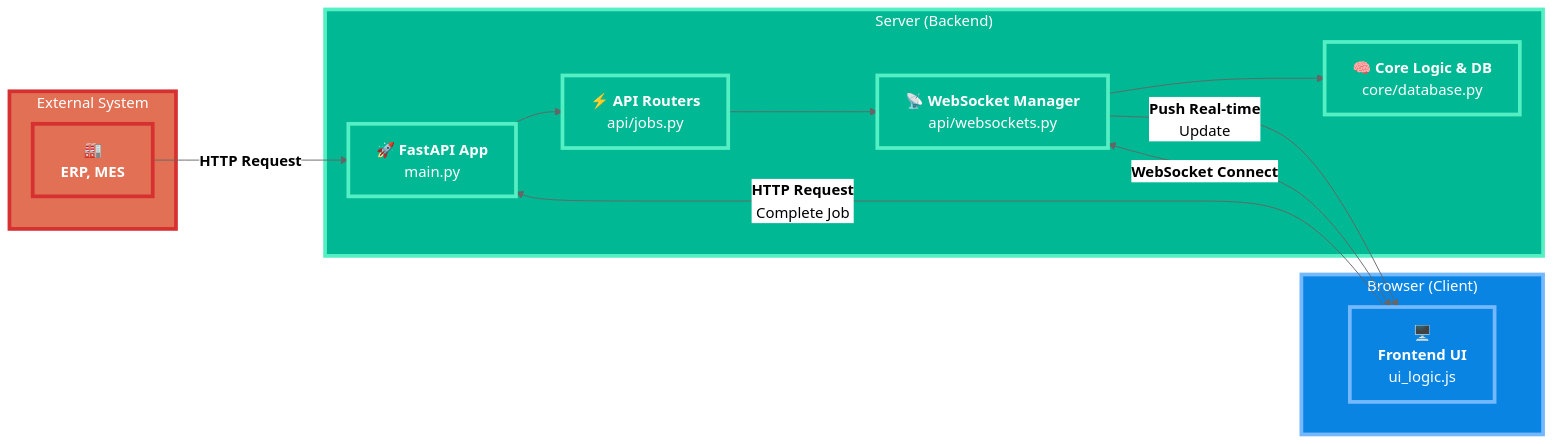
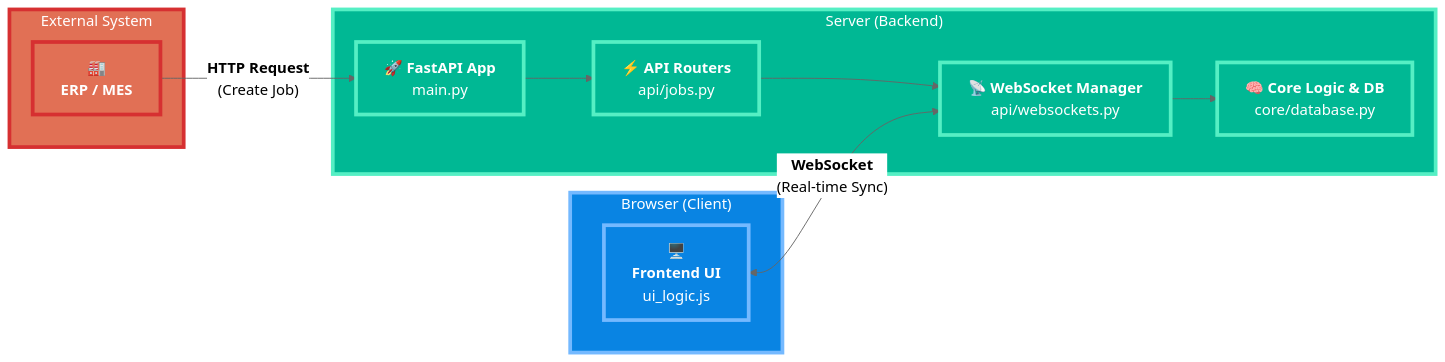
The diagram in README.md (Krittapas2546/RFID-smart-shelf), drawn with Mermaid (neutral theme) before and after one commit. The commit also changed other lines of this file, not shown here.

````diff
--- a/README.md
+++ b/README.md
@@ -25,35 +25,33 @@
 ```mermaid
 flowchart LR
     subgraph EXT["External System"]
-        A["🏭<br/><b>ERP, MES</b>"]
+        A["🏭<br/><b>ERP / MES</b>"]
     end
     
     subgraph CLIENT["Browser (Client)"]
         B["🖥️<br/><b>Frontend UI</b><br/>ui_logic.js"]
     end
     
     subgraph SERVER["Server (Backend)"]
         C["🚀 <b>FastAPI App</b><br/>main.py"]
         D["⚡ <b>API Routers</b><br/>api/jobs.py"]
         E["📡 <b>WebSocket Manager</b><br/>api/websockets.py"]
         F["🧠 <b>Core Logic & DB</b><br/>core/database.py"]
         
         C --> D
-        D --> E  
+        D --> E
         E --> F
     end
     
-    A -->|"<b>HTTP Request</b>"| C
-    B -->|"<b>HTTP Request</b><br/>Complete Job"| C
-    B <-->|"<b>WebSocket Connect</b>"| E
-    E -->|"<b>Push Real-time</b><br/>Update"| B
+    A -->|"<b>HTTP Request</b><br/>(Create Job)"| C
+    B <-->|"<b>WebSocket</b><br/>(Real-time Sync)"| E
     
     %% High contrast styling
     classDef external fill:#e17055,stroke:#d63031,stroke-width:4px,color:#ffffff
     classDef client fill:#0984e3,stroke:#74b9ff,stroke-width:4px,color:#ffffff
     classDef server fill:#00b894,stroke:#55efc4,stroke-width:4px,color:#ffffff
     
     class EXT,A external
     class CLIENT,B client
     class SERVER,C,D,E,F server
 ```
````
